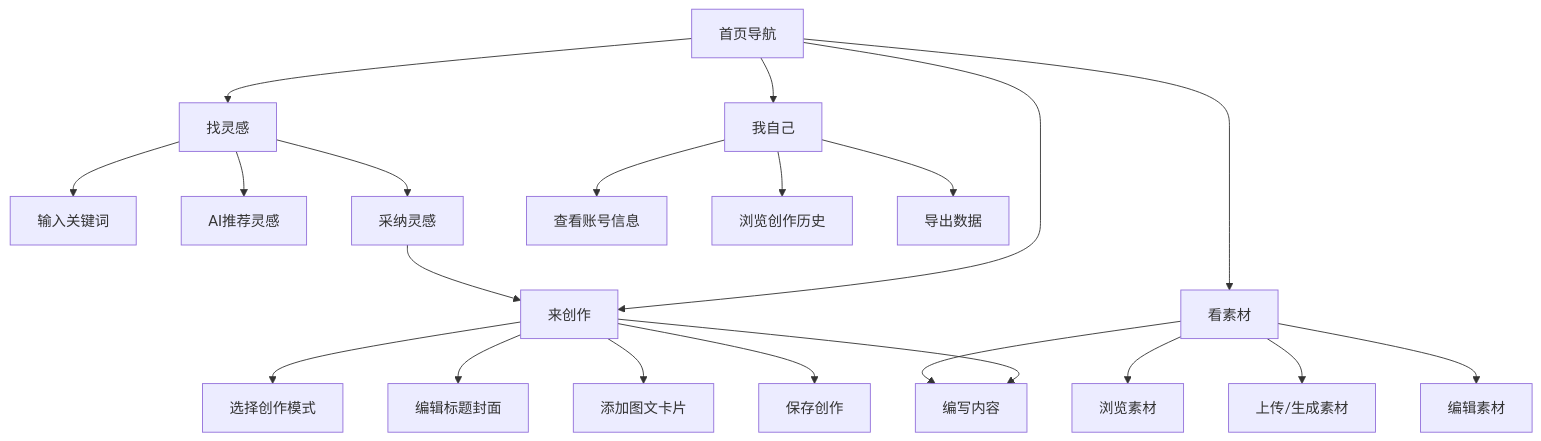
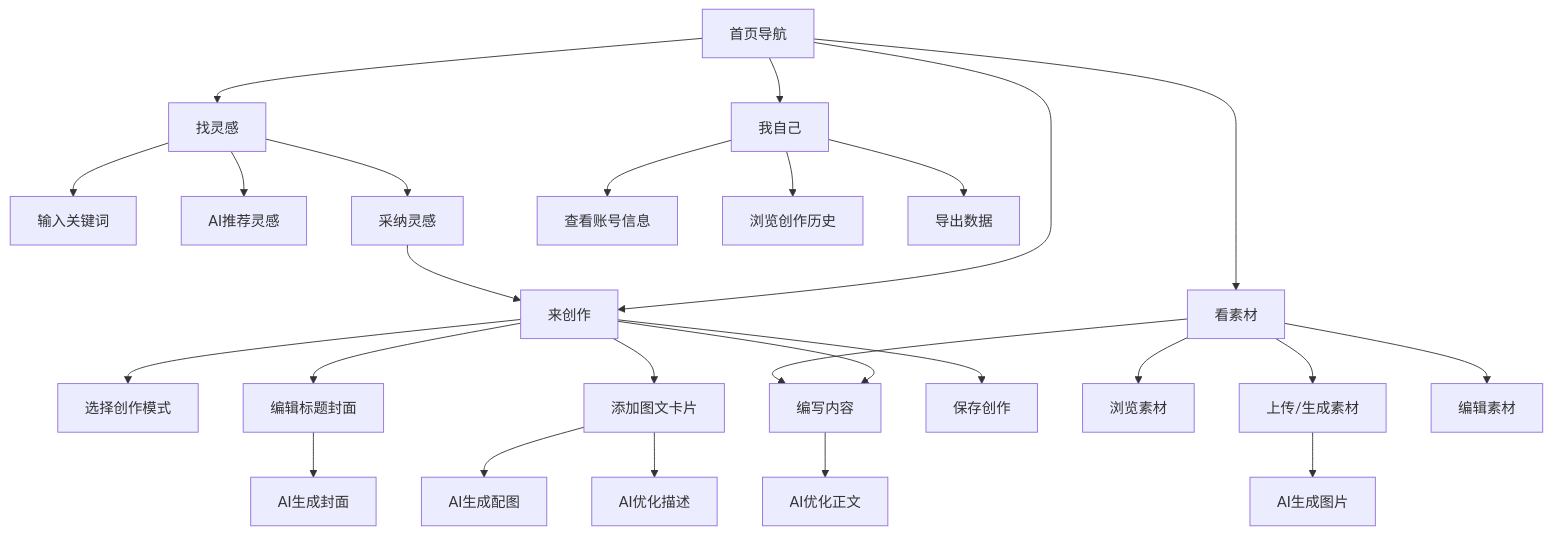
The diagram in .trae/documents/zevi-content-creator-prd.md (Zevi-zzy/AI-Studio), drawn with Mermaid before and after one commit. The commit also changed other lines of this file and 5 other files, not shown here.

````diff
--- a/.trae/documents/zevi-content-creator-prd.md
+++ b/.trae/documents/zevi-content-creator-prd.md
@@ -66,27 +64,32 @@
 ```mermaid
 graph TD
     A[首页导航] --> B[找灵感]
     A --> C[来创作]
     A --> D[看素材]
     A --> E[我自己]
     
     B --> B1[输入关键词]
     B --> B2[AI推荐灵感]
     B --> B3[采纳灵感]
     B3 --> C
     
     C --> C1[选择创作模式]
     C --> C2[编辑标题封面]
+    C2 --> C2a[AI生成封面]
     C --> C3[编写内容]
+    C3 --> C3a[AI优化正文]
     C --> C4[添加图文卡片]
+    C4 --> C4a[AI生成配图]
+    C4 --> C4b[AI优化描述]
     C --> C5[保存创作]
     
     D --> D1[浏览素材]
     D --> D2[上传/生成素材]
+    D2 --> D2a[AI生成图片]
     D --> D3[编辑素材]
     D --> C3
     
     E --> E1[查看账号信息]
     E --> E2[浏览创作历史]
     E --> E3[导出数据]
 ```
````
